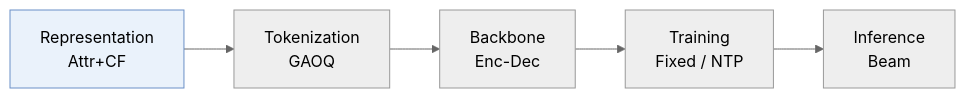
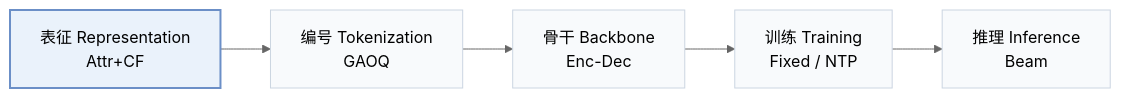
Before and after one commit to Galaxy-ghost/Awesome-SID-Generative-Rec: the first of 2 diagrams in pages/zh/papers/resid.md, drawn with Mermaid (neutral theme). The commit also changed other lines of this file and 649 other files, not shown here.

Commit message:
writer-05: also tags and modality index (schema, check, build, visuals); summary field removed; calibration data for 12 papers

````diff
--- a/pages/zh/papers/resid.md
+++ b/pages/zh/papers/resid.md
@@ -13,6 +15,8 @@
 ```mermaid
 flowchart LR
-    R["Representation<br/>Attr+CF"] --> T["Tokenization<br/>GAOQ"] --> B["Backbone<br/>Enc-Dec"] --> TR["Training<br/>Fixed / NTP"] --> I["Inference<br/>Beam"]
-    classDef main fill:#eaf2fb,stroke:#6b8fc7
+    R["表征 Representation<br/>Attr+CF"] --> T["编号 Tokenization<br/>GAOQ"] --> B["骨干 Backbone<br/>Enc-Dec"] --> TR["训练 Training<br/>Fixed / NTP"] --> I["推理 Inference<br/>Beam"]
+    classDef base fill:#f8fafc,stroke:#cbd5e1
+    class R,T,B,TR,I base
+    classDef main fill:#eaf2fb,stroke:#6b8fc7,stroke-width:2px
     class R main
 ```
````
